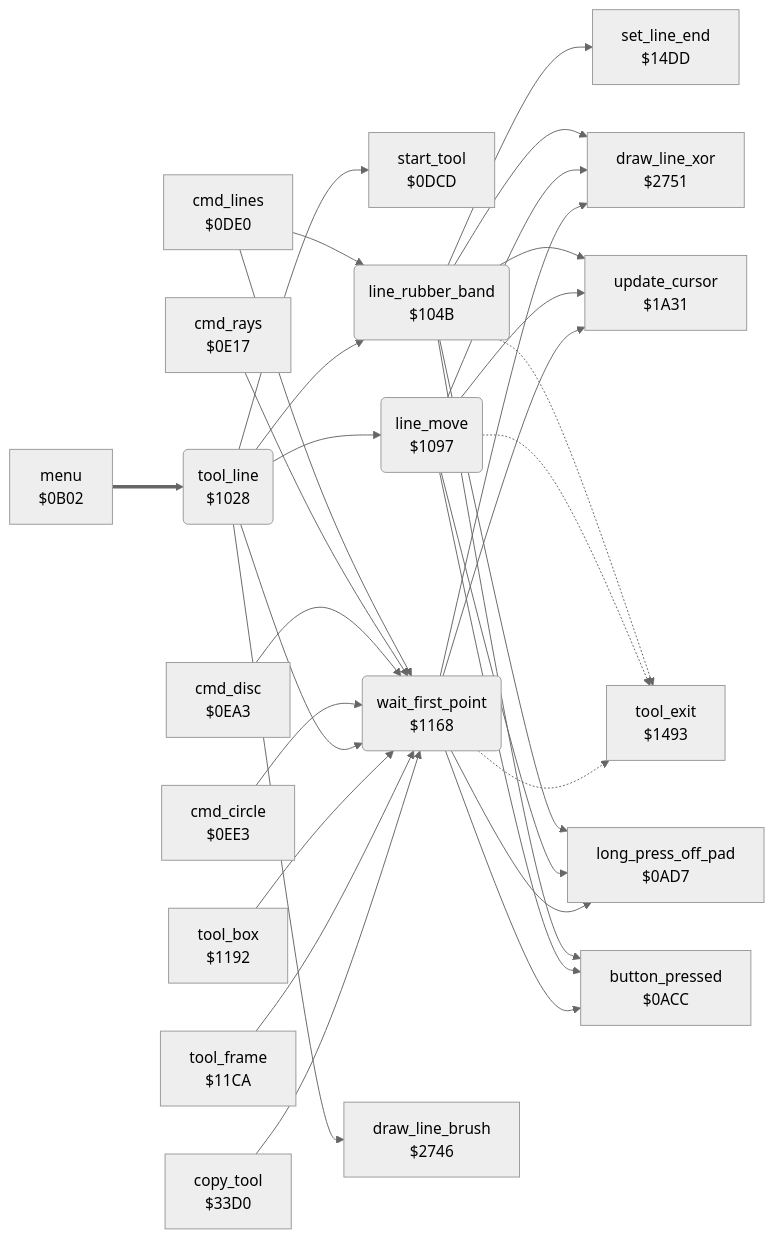
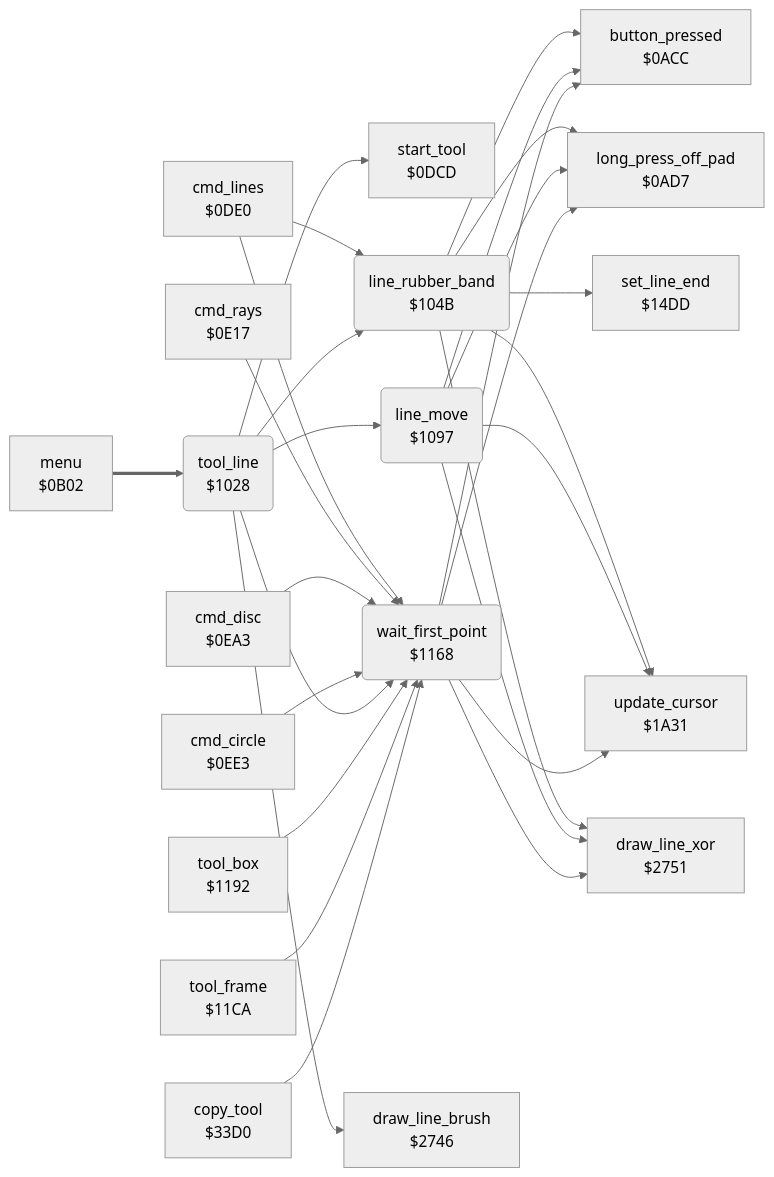
Before and after one commit to henols/c64_games: the diagram in koala_painter/v1/docs/reference/modules/tools/line_tool.md, drawn with Mermaid (neutral theme). The commit also changed other lines of this file and 1100 other files, not shown here.

````diff
--- a/koala_painter/v1/docs/reference/modules/tools/line_tool.md
+++ b/koala_painter/v1/docs/reference/modules/tools/line_tool.md
@@ -10,53 +19,49 @@
 ```mermaid
 flowchart LR
   n0acc["button_pressed<br/>$0ACC"]
   n0ad7["long_press_off_pad<br/>$0AD7"]
   n0b02["menu<br/>$0B02"]
   n0dcd["start_tool<br/>$0DCD"]
   n0de0["cmd_lines<br/>$0DE0"]
   n0e17["cmd_rays<br/>$0E17"]
   n0ea3["cmd_disc<br/>$0EA3"]
   n0ee3["cmd_circle<br/>$0EE3"]
   n1028("tool_line<br/>$1028")
   n104b("line_rubber_band<br/>$104B")
   n1097("line_move<br/>$1097")
   n1168("wait_first_point<br/>$1168")
   n1192["tool_box<br/>$1192"]
   n11ca["tool_frame<br/>$11CA"]
-  n1493["tool_exit<br/>$1493"]
   n14dd["set_line_end<br/>$14DD"]
   n1a31["update_cursor<br/>$1A31"]
   n2746["draw_line_brush<br/>$2746"]
   n2751["draw_line_xor<br/>$2751"]
   n33d0["copy_tool<br/>$33D0"]
   n0b02 ==> n1028
   n0de0 --> n104b
   n0de0 --> n1168
   n0e17 --> n1168
   n0ea3 --> n1168
   n0ee3 --> n1168
   n1028 --> n0dcd
   n1028 --> n104b
   n1028 --> n1097
   n1028 --> n1168
   n1028 --> n2746
   n104b --> n0acc
   n104b --> n0ad7
-  n104b -.-> n1493
   n104b --> n14dd
   n104b --> n1a31
   n104b --> n2751
   n1097 --> n0acc
   n1097 --> n0ad7
-  n1097 -.-> n1493
   n1097 --> n1a31
   n1097 --> n2751
   n1168 --> n0acc
   n1168 --> n0ad7
-  n1168 -.-> n1493
   n1168 --> n1a31
   n1168 --> n2751
   n1192 --> n1168
   n11ca --> n1168
   n33d0 --> n1168
 ```
````
